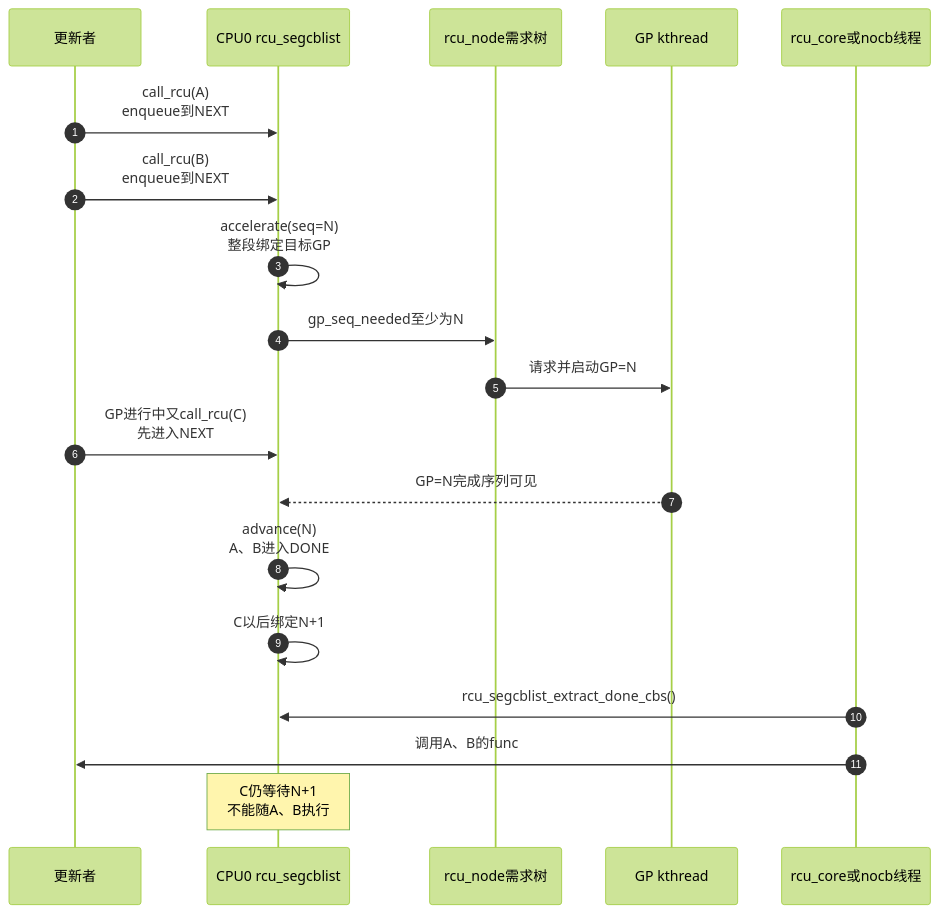
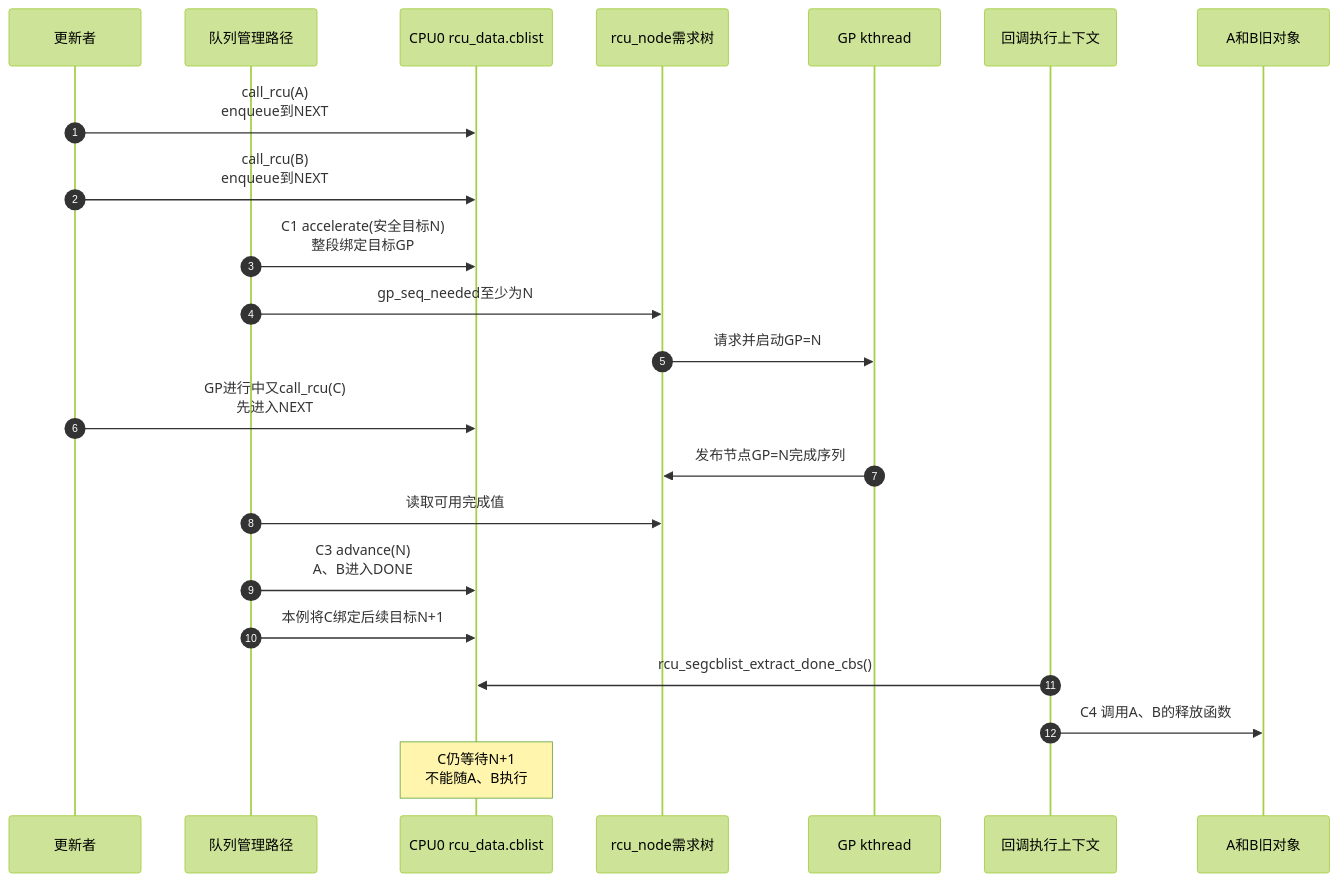
Before and after one commit to FormingSystem/linux_note: the second of 2 diagrams in knowledge/linux/synchronization_and_asynchrony/synchronization/rcu/P11_Tree_RCU_rcu_segcblist回调状态机.md, drawn with Mermaid (forest theme). The commit also changed other lines of this file and 5 other files, not shown here.

````diff
--- a/knowledge/linux/synchronization_and_asynchrony/synchronization/rcu/P11_Tree_RCU_rcu_segcblist回调状态机.md
+++ b/knowledge/linux/synchronization_and_asynchrony/synchronization/rcu/P11_Tree_RCU_rcu_segcblist回调状态机.md
@@ -142,24 +169,27 @@
 ```mermaid
 sequenceDiagram
     autonumber
 
     participant U as 更新者
-    participant Q as CPU0 rcu_segcblist
+    participant M as 队列管理路径
+    participant Q as CPU0 rcu_data.cblist
     participant N as rcu_node需求树
     participant G as GP kthread
-    participant X as rcu_core或nocb线程
+    participant X as 回调执行上下文
+    participant O as A和B旧对象
 
     U->>Q: call_rcu(A)<br/>enqueue到NEXT
     U->>Q: call_rcu(B)<br/>enqueue到NEXT
-    Q->>Q: accelerate(seq=N)<br/>整段绑定目标GP
-    Q->>N: gp_seq_needed至少为N
+    M->>Q: C1 accelerate(安全目标N)<br/>整段绑定目标GP
+    M->>N: gp_seq_needed至少为N
     N->>G: 请求并启动GP=N
 
     U->>Q: GP进行中又call_rcu(C)<br/>先进入NEXT
-    G-->>Q: GP=N完成序列可见
-    Q->>Q: advance(N)<br/>A、B进入DONE
-    Q->>Q: C以后绑定N+1
+    G->>N: 发布节点GP=N完成序列
+    M->>N: 读取可用完成值
+    M->>Q: C3 advance(N)<br/>A、B进入DONE
+    M->>Q: 本例将C绑定后续目标N+1
     X->>Q: rcu_segcblist_extract_done_cbs()
-    X->>U: 调用A、B的func
+    X->>O: C4 调用A、B的释放函数
     Note over Q: C仍等待N+1<br/>不能随A、B执行
 ```
````
